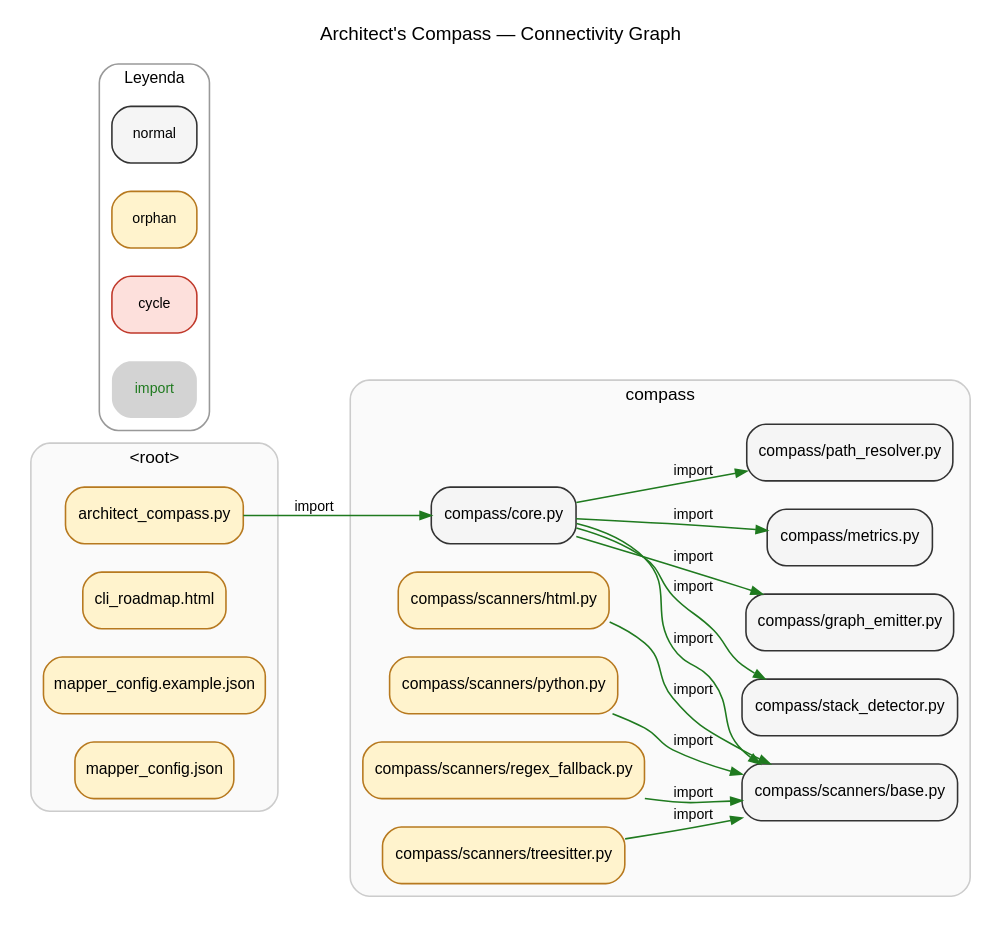
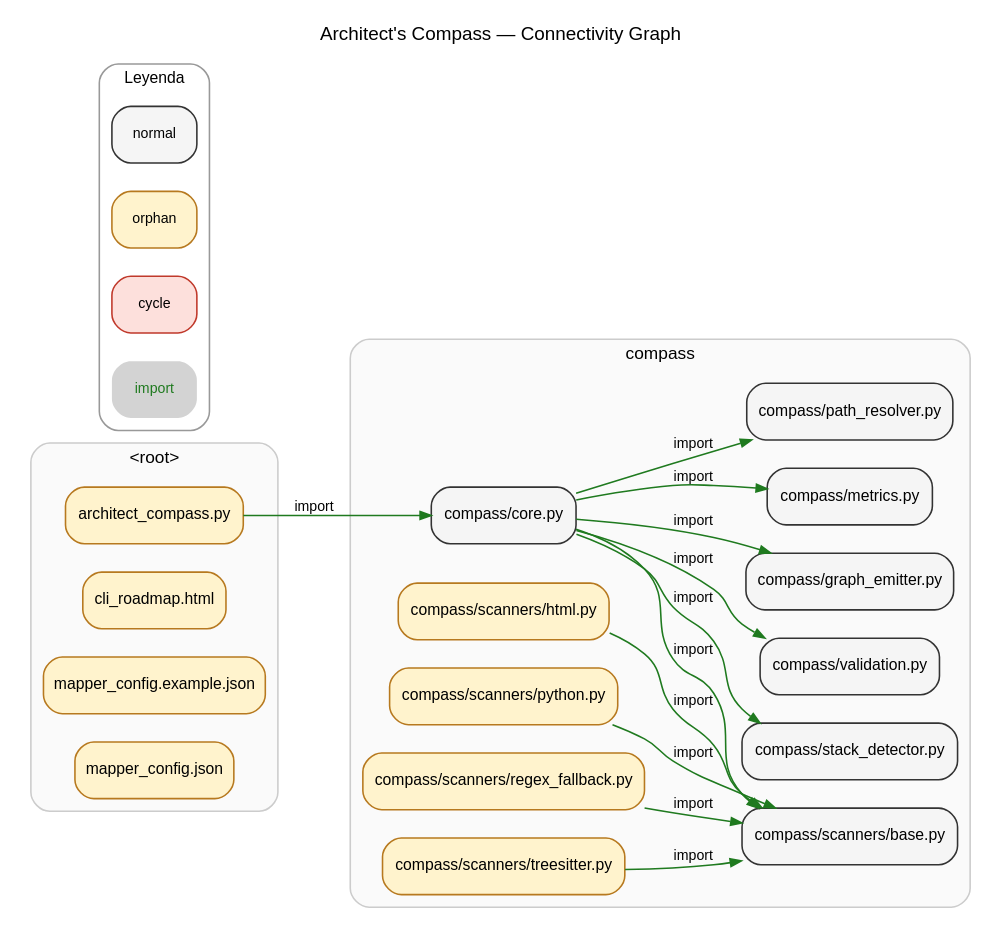
One commit to betovildoza/Architect_compass changed the diagram in .map/connectivity.dot. Above: the diagram before and after it, drawn with Graphviz. The commit also changed 10 other files, not shown here.

```diff
--- a/.map/connectivity.dot
+++ b/.map/connectivity.dot
@@ -1,52 +1,54 @@
 digraph G {
     rankdir=LR;
     concentrate=false; compound=true;
     graph [fontname="Arial", fontsize=12, labelloc="t", label="Architect's Compass — Connectivity Graph"];
     node [style="rounded,filled", fontname="Arial", fontsize=10];
     edge [arrowsize=0.7];
     subgraph "cluster_<root>" {
         label="<root>";
         style="rounded,filled";
         fillcolor="#fafafa"; color="#cccccc";
         fontname="Arial"; fontsize=11;
         "architect_compass.py" [shape=box, fillcolor="#fff3cd", color="#b7791f"];
         "cli_roadmap.html" [shape=box, fillcolor="#fff3cd", color="#b7791f"];
         "mapper_config.example.json" [shape=box, fillcolor="#fff3cd", color="#b7791f"];
         "mapper_config.json" [shape=box, fillcolor="#fff3cd", color="#b7791f"];
     }
     subgraph "cluster_compass" {
         label="compass";
         style="rounded,filled";
         fillcolor="#fafafa"; color="#cccccc";
         fontname="Arial"; fontsize=11;
         "compass/core.py" [shape=box, fillcolor="#f5f5f5", color="#333333"];
         "compass/graph_emitter.py" [shape=box, fillcolor="#f5f5f5", color="#333333"];
         "compass/metrics.py" [shape=box, fillcolor="#f5f5f5", color="#333333"];
         "compass/path_resolver.py" [shape=box, fillcolor="#f5f5f5", color="#333333"];
         "compass/scanners/base.py" [shape=box, fillcolor="#f5f5f5", color="#333333"];
         "compass/scanners/html.py" [shape=box, fillcolor="#fff3cd", color="#b7791f"];
         "compass/scanners/python.py" [shape=box, fillcolor="#fff3cd", color="#b7791f"];
         "compass/scanners/regex_fallback.py" [shape=box, fillcolor="#fff3cd", color="#b7791f"];
         "compass/scanners/treesitter.py" [shape=box, fillcolor="#fff3cd", color="#b7791f"];
         "compass/stack_detector.py" [shape=box, fillcolor="#f5f5f5", color="#333333"];
+        "compass/validation.py" [shape=box, fillcolor="#f5f5f5", color="#333333"];
     }
     "architect_compass.py" -> "compass/core.py" [label="import", color="#1f7a1f", fontname="Arial", fontsize=9];
     "compass/core.py" -> "compass/graph_emitter.py" [label="import", color="#1f7a1f", fontname="Arial", fontsize=9];
     "compass/core.py" -> "compass/metrics.py" [label="import", color="#1f7a1f", fontname="Arial", fontsize=9];
     "compass/core.py" -> "compass/path_resolver.py" [label="import", color="#1f7a1f", fontname="Arial", fontsize=9];
     "compass/core.py" -> "compass/scanners/base.py" [label="import", color="#1f7a1f", fontname="Arial", fontsize=9];
     "compass/core.py" -> "compass/stack_detector.py" [label="import", color="#1f7a1f", fontname="Arial", fontsize=9];
+    "compass/core.py" -> "compass/validation.py" [label="import", color="#1f7a1f", fontname="Arial", fontsize=9];
     "compass/scanners/html.py" -> "compass/scanners/base.py" [label="import", color="#1f7a1f", fontname="Arial", fontsize=9];
     "compass/scanners/python.py" -> "compass/scanners/base.py" [label="import", color="#1f7a1f", fontname="Arial", fontsize=9];
     "compass/scanners/regex_fallback.py" -> "compass/scanners/base.py" [label="import", color="#1f7a1f", fontname="Arial", fontsize=9];
     "compass/scanners/treesitter.py" -> "compass/scanners/base.py" [label="import", color="#1f7a1f", fontname="Arial", fontsize=9];
     subgraph "cluster_legend" {
         label="Leyenda"; style="rounded,filled";
         fillcolor="#ffffff"; color="#999999";
         fontname="Arial"; fontsize=10; rank=sink;
         "_legend_node_normal" [label="normal", fillcolor="#f5f5f5", color="#333333", shape=box, style="rounded,filled", fontname="Arial", fontsize=9];
         "_legend_node_orphan" [label="orphan", fillcolor="#fff3cd", color="#b7791f", shape=box, style="rounded,filled", fontname="Arial", fontsize=9];
         "_legend_node_cycle" [label="cycle", fillcolor="#fde0dc", color="#c0392b", shape=box, style="rounded,filled", fontname="Arial", fontsize=9];
         "_legend_edge_import" [label="import", shape=plaintext, fontname="Arial", fontsize=9, fontcolor="#1f7a1f"];
     }
 }
```
